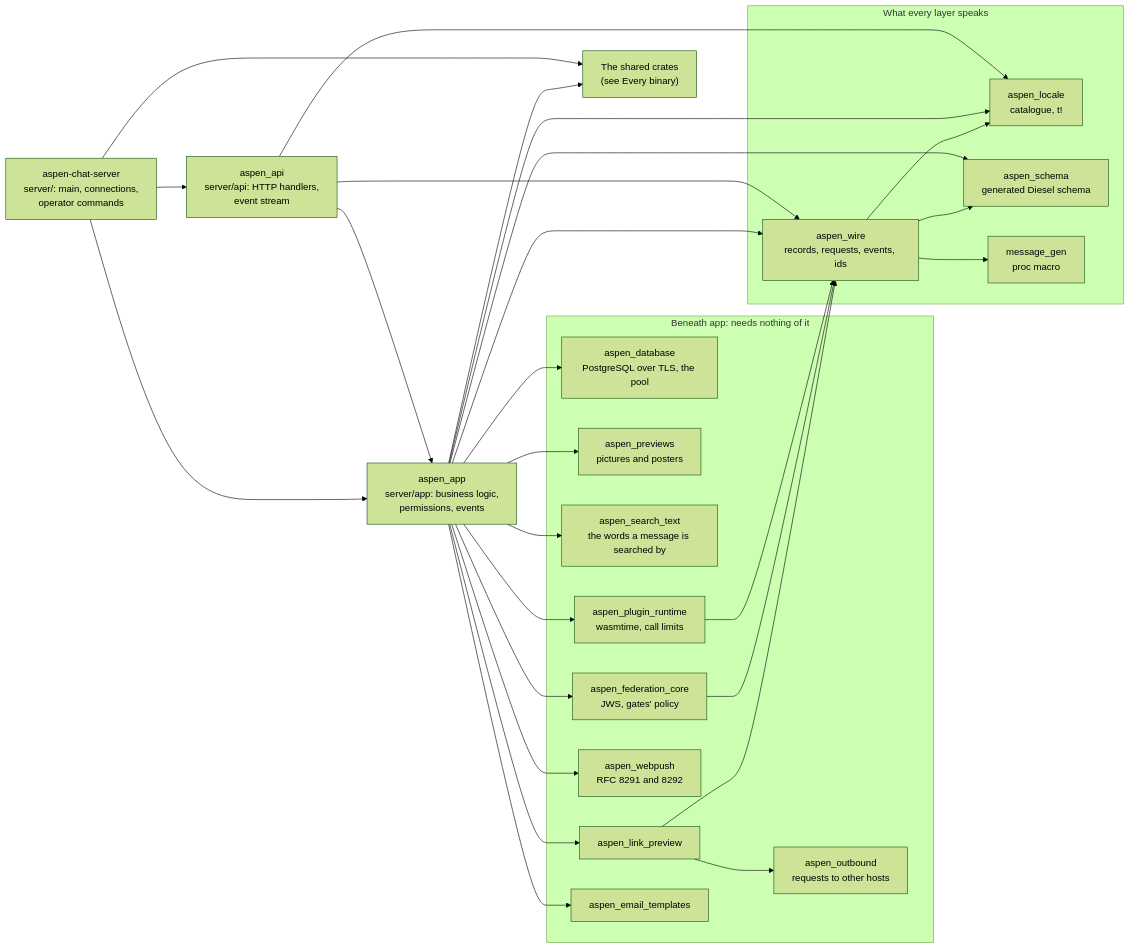
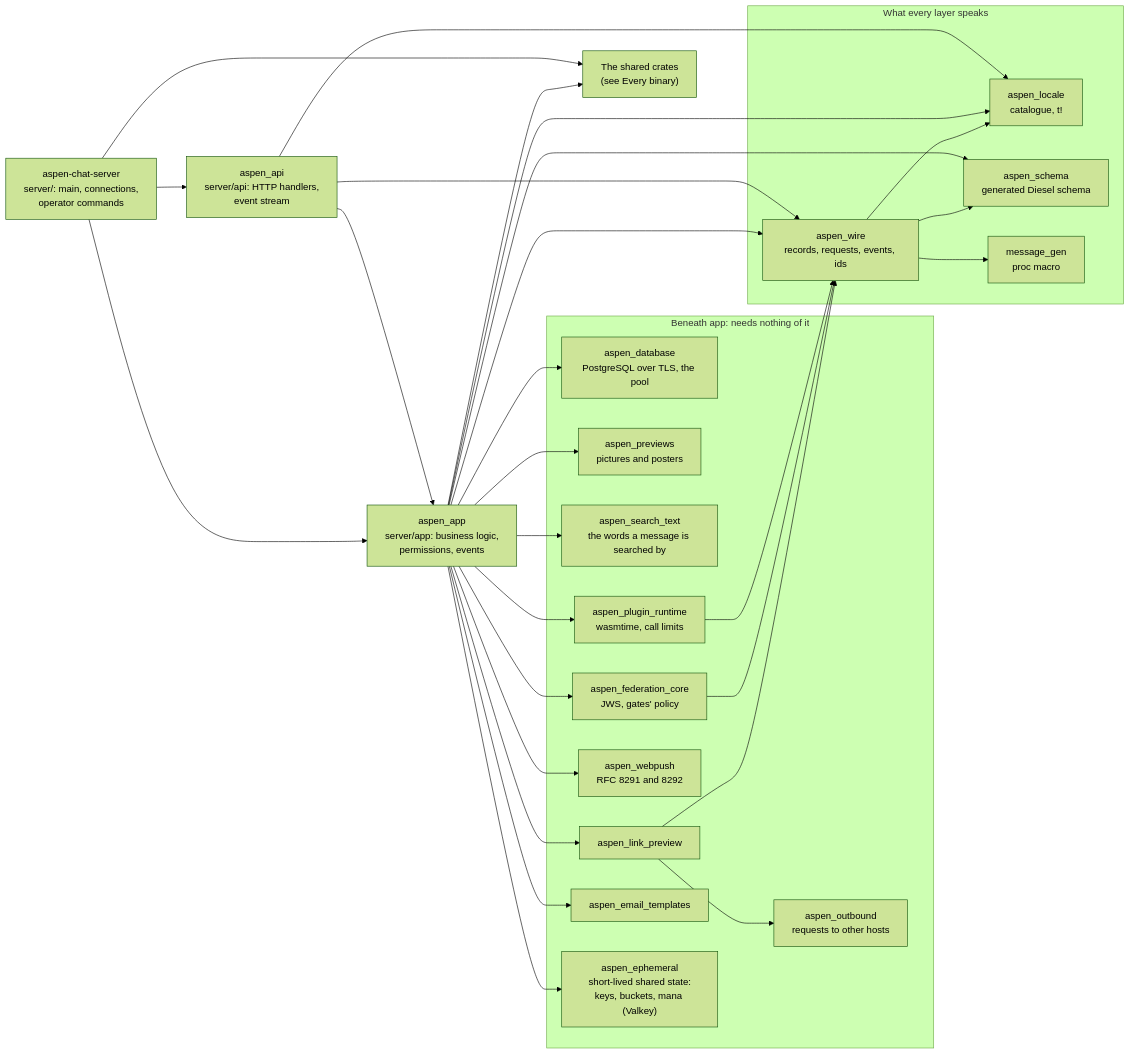
One commit to aspen-chat/aspen-chat-server changed the first of 3 diagrams in docs/diagrams/crates.md. Above: the diagram before and after it, drawn with Mermaid (forest theme). The commit also changed 37 other files, not shown here.

First line of the commit message:
Reach Valkey through aspen_ephemeral, Aspen's own short-lived store

````diff
--- a/docs/diagrams/crates.md
+++ b/docs/diagrams/crates.md
@@ -12,37 +12,38 @@
 ```mermaid
 flowchart LR
     bin["aspen-chat-server<br/>server/: main, connections,<br/>operator commands"]
     api["aspen_api<br/>server/api: HTTP handlers,<br/>event stream"]
     app["aspen_app<br/>server/app: business logic,<br/>permissions, events"]
 
     subgraph beneath["Beneath app: needs nothing of it"]
         database["aspen_database<br/>PostgreSQL over TLS, the pool"]
         previews["aspen_previews<br/>pictures and posters"]
         search_text["aspen_search_text<br/>the words a message is searched by"]
         plugin_rt["aspen_plugin_runtime<br/>wasmtime, call limits"]
         link_preview["aspen_link_preview"]
         outbound["aspen_outbound<br/>requests to other hosts"]
         webpush["aspen_webpush<br/>RFC 8291 and 8292"]
         fed_core["aspen_federation_core<br/>JWS, gates' policy"]
         email_tpl["aspen_email_templates"]
+        ephemeral["aspen_ephemeral<br/>short-lived shared state:<br/>keys, buckets, mana (Valkey)"]
     end
 
     subgraph foundation["What every layer speaks"]
         wire["aspen_wire<br/>records, requests, events, ids"]
         locale["aspen_locale<br/>catalogue, t!"]
         schema["aspen_schema<br/>generated Diesel schema"]
         message_gen["message_gen<br/>proc macro"]
     end
 
     shared["The shared crates<br/>(see Every binary)"]
 
     bin --> api --> app
     bin --> app
-    app --> database & previews & search_text & plugin_rt & link_preview & webpush & fed_core & email_tpl
+    app --> database & previews & search_text & plugin_rt & link_preview & webpush & fed_core & email_tpl & ephemeral
     link_preview --> outbound
     plugin_rt & fed_core & link_preview --> wire
     api & app --> wire & locale
     app --> schema
     wire --> message_gen & schema & locale
     bin & app --> shared
 ```
````
